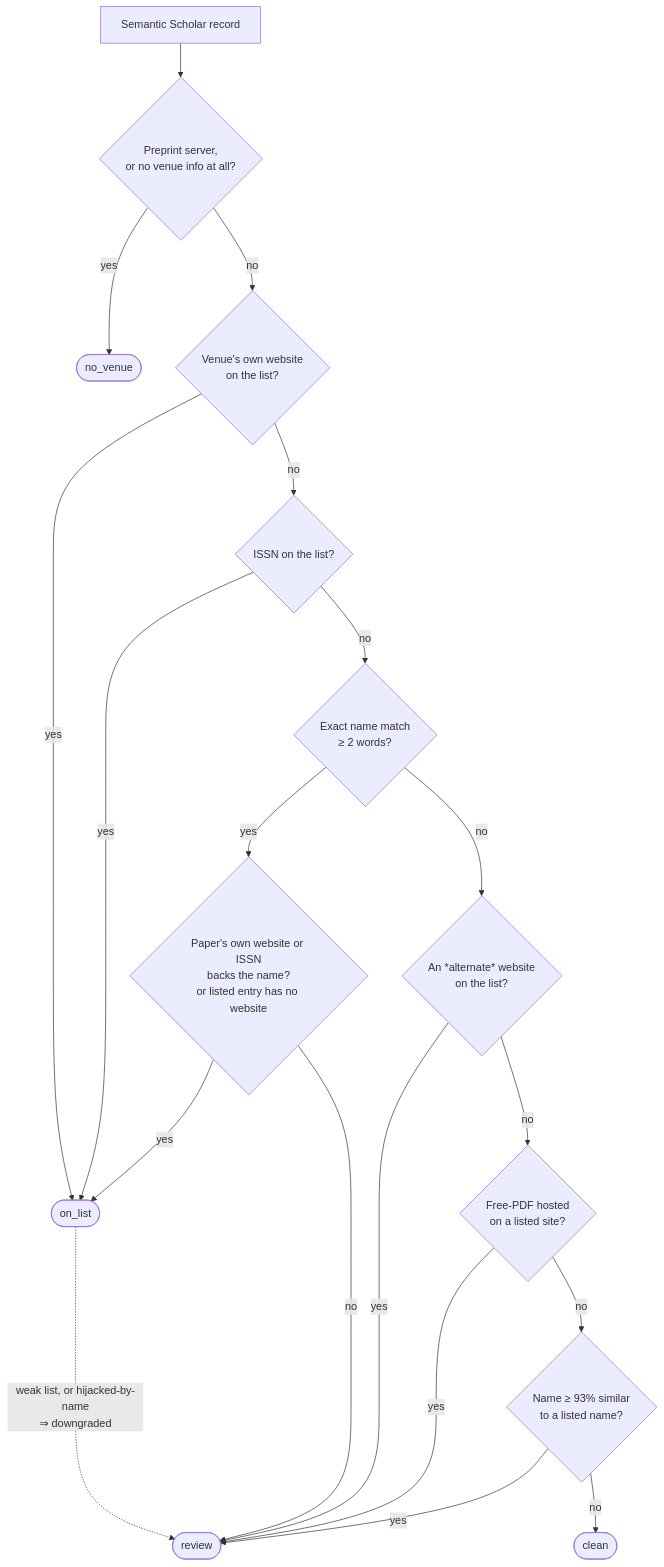
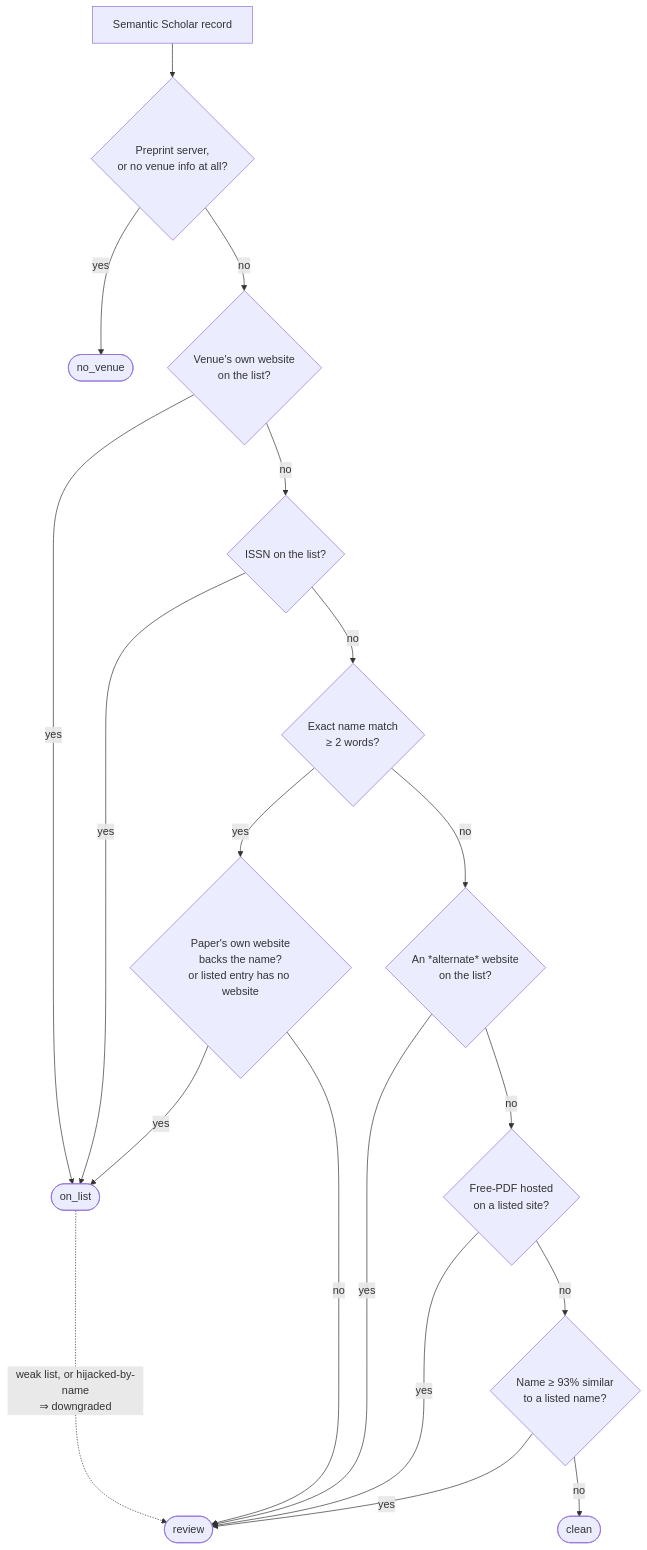
The diagram in README.md (AminDaryan/Beall-s-List-check), drawn with Mermaid before and after one commit. The commit also changed other lines of this file and 5 other files, not shown here.

````diff
--- a/README.md
+++ b/README.md
@@ -181,21 +185,21 @@
 ```mermaid
 flowchart TD
     A[Semantic Scholar record] --> B{Preprint server,<br/>or no venue info at all?}
     B -- yes --> NV([no_venue])
     B -- no --> C{Venue's own website<br/>on the list?}
     C -- yes --> ON([on_list])
     C -- no --> D{ISSN on the list?}
     D -- yes --> ON
     D -- no --> E{Exact name match<br/>≥ 2 words?}
-    E -- yes --> E2{Paper's own website or ISSN<br/>backs the name?<br/>or listed entry has no website}
+    E -- yes --> E2{Paper's own website<br/>backs the name?<br/>or listed entry has no website}
     E2 -- yes --> ON
     E2 -- no --> RV([review])
     E -- no --> F{An *alternate* website<br/>on the list?}
     F -- yes --> RV
     F -- no --> G{Free-PDF hosted<br/>on a listed site?}
     G -- yes --> RV
     G -- no --> H{Name ≥ 93% similar<br/>to a listed name?}
     H -- yes --> RV
     H -- no --> CL([clean])
     ON -. "weak list, or hijacked-by-name<br/>⇒ downgraded" .-> RV
 ```
````
